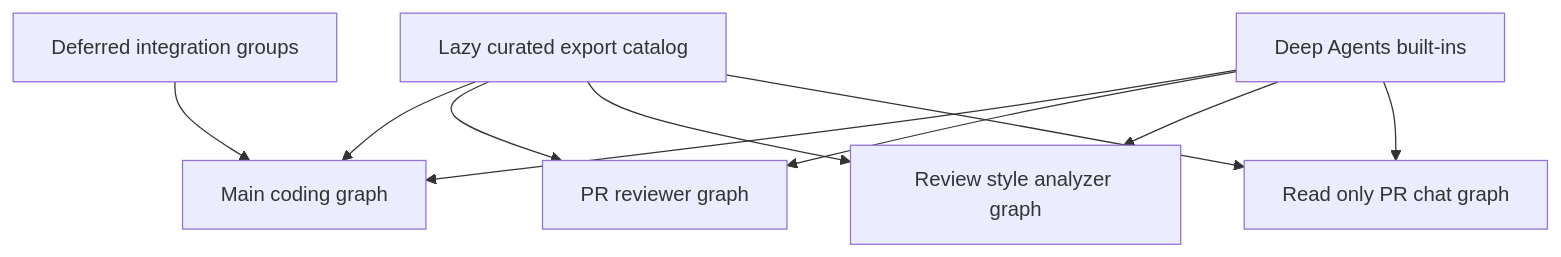
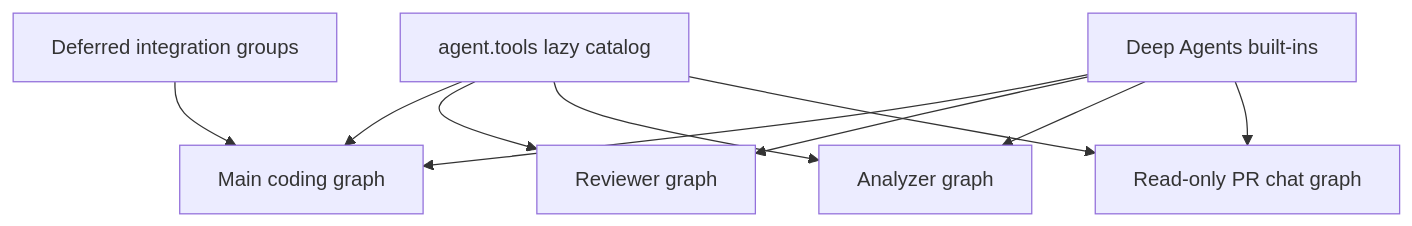
Before and after one commit to langchain-ai/open-swe: the first of 2 diagrams in openwiki/concepts/tools.md, drawn with Mermaid. The commit also changed other lines of this file and 52 other files, not shown here.

````diff
--- a/openwiki/concepts/tools.md
+++ b/openwiki/concepts/tools.md
@@ -45,20 +53,20 @@
 ```mermaid
 flowchart TD
-    Catalog["Lazy curated export catalog"]
+    Catalog["agent.tools lazy catalog"]
+    Main["Main coding graph"]
+    Reviewer["Reviewer graph"]
+    Analyzer["Analyzer graph"]
+    Chat["Read-only PR chat graph"]
     Builtins["Deep Agents built-ins"]
-    Main["Main coding graph"]
-    Review["PR reviewer graph"]
-    Analyze["Review style analyzer graph"]
-    Chat["Read only PR chat graph"]
     Deferred["Deferred integration groups"]
 
     Catalog --> Main
-    Catalog --> Review
-    Catalog --> Analyze
+    Catalog --> Reviewer
+    Catalog --> Analyzer
     Catalog --> Chat
     Builtins --> Main
-    Builtins --> Review
-    Builtins --> Analyze
+    Builtins --> Reviewer
+    Builtins --> Analyzer
     Builtins --> Chat
     Deferred --> Main
 ```
````
